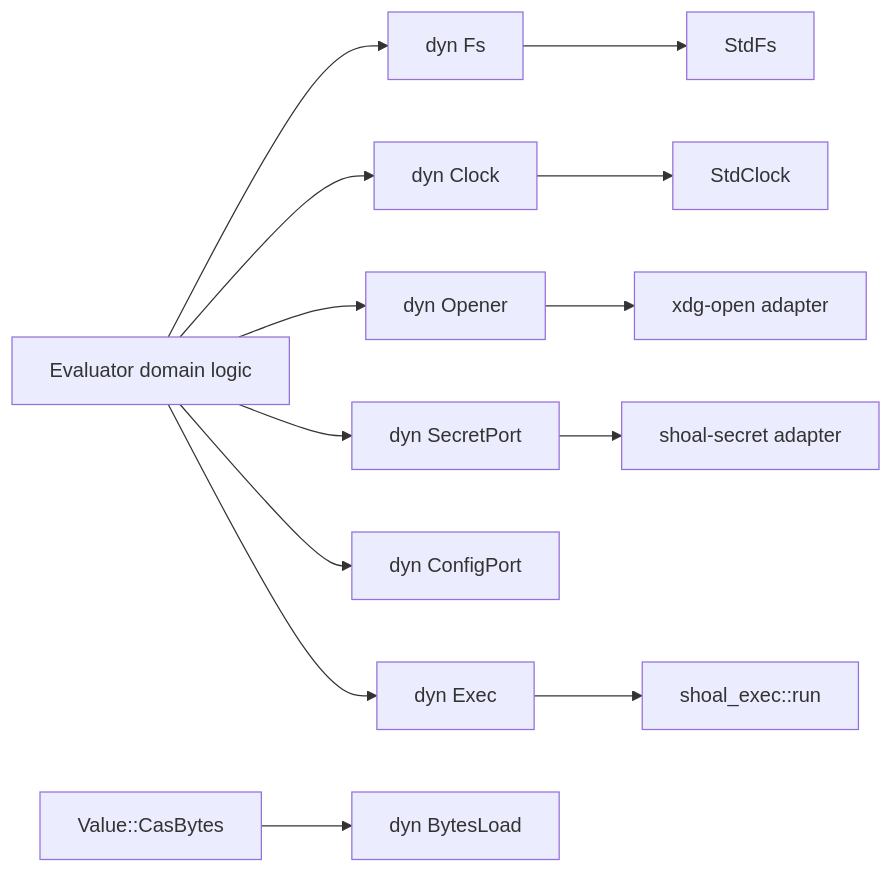
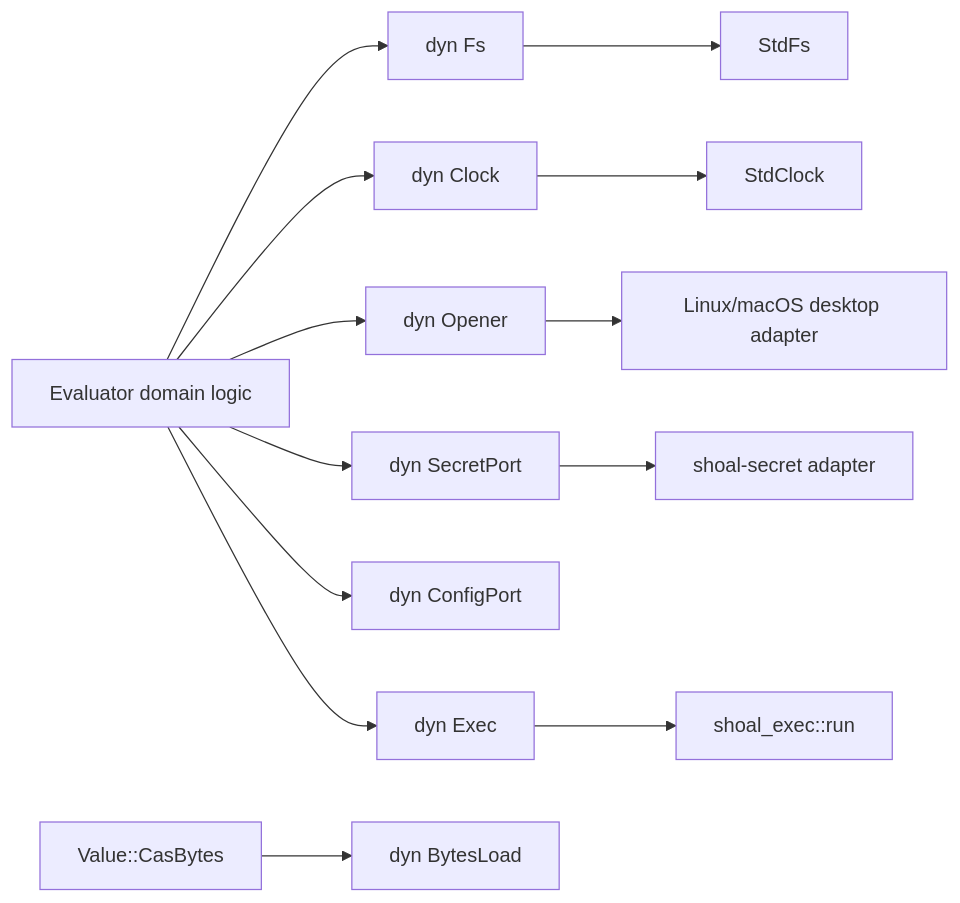
The second of 3 diagrams in site/content/internals/intercrate-protocol-contracts.md (alliecatowo/shoal), drawn with Mermaid before and after one commit. The commit also changed other lines of this file and 298 other files, not shown here.

````diff
--- a/site/content/internals/intercrate-protocol-contracts.md
+++ b/site/content/internals/intercrate-protocol-contracts.md
@@ -110,17 +110,17 @@
 ```mermaid
 flowchart LR
 accTitle: Evaluator port contract
 accDescr: Shows the components and relationships described in Evaluator port contract.
   Eval["Evaluator domain logic"] --> Fs["dyn Fs"]
   Eval --> Clock["dyn Clock"]
   Eval --> Open["dyn Opener"]
   Eval --> Secret["dyn SecretPort"]
   Eval --> Config["dyn ConfigPort"]
   Eval --> Exec["dyn Exec"]
   Lazy["Value::CasBytes"] --> Bytes["dyn BytesLoad"]
   Fs --> StdFs["StdFs"]
   Clock --> StdClock["StdClock"]
-  Open --> StdOpen["xdg-open adapter"]
+  Open --> StdOpen["Linux/macOS desktop adapter"]
   Exec --> StdExec["shoal_exec::run"]
   Secret --> StdSecret["shoal-secret adapter"]
 ```
````
